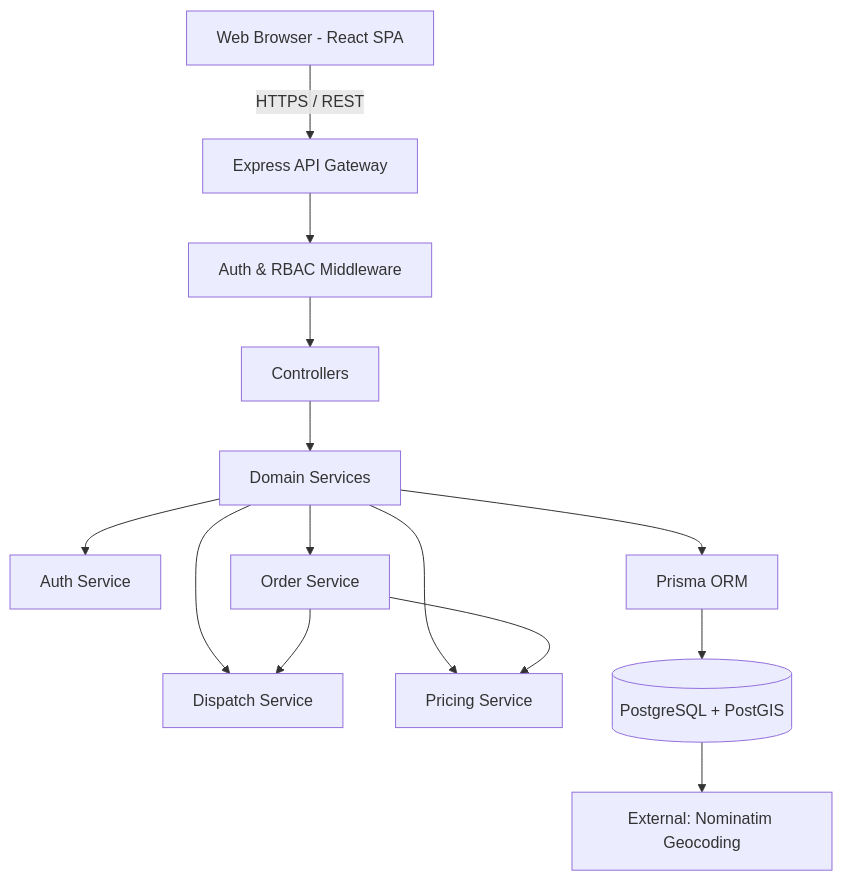
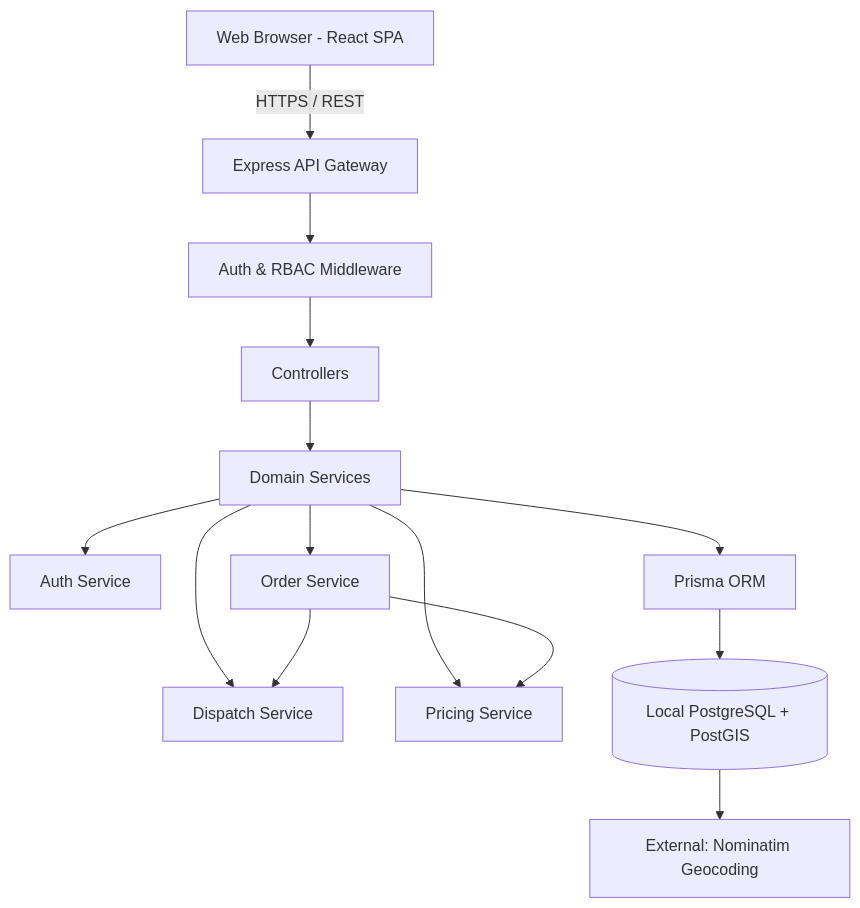
The first of 6 diagrams in README.md (rudran11/last-mile-delivery-tracker), drawn with Mermaid before and after one commit. The commit also changed other lines of this file, not shown here.

````diff
--- a/README.md
+++ b/README.md
@@ -58,20 +57,20 @@
 ```mermaid
 graph TD
   Browser[Web Browser - React SPA] -->|HTTPS / REST| API[Express API Gateway]
   API --> Middleware[Auth & RBAC Middleware]
   Middleware --> Controller[Controllers]
   Controller --> Service[Domain Services]
   
   Service --> Auth[Auth Service]
   Service --> Order[Order Service]
   Service --> Dispatch[Dispatch Service]
   Service --> Pricing[Pricing Service]
   
   Order --> Pricing
   Order --> Dispatch
   
   Service --> Prisma[Prisma ORM]
-  Prisma --> DB[(PostgreSQL + PostGIS)]
+  Prisma --> DB[(Local PostgreSQL + PostGIS)]
   
   DB --> Geocoding[External: Nominatim Geocoding]
 ```
````
